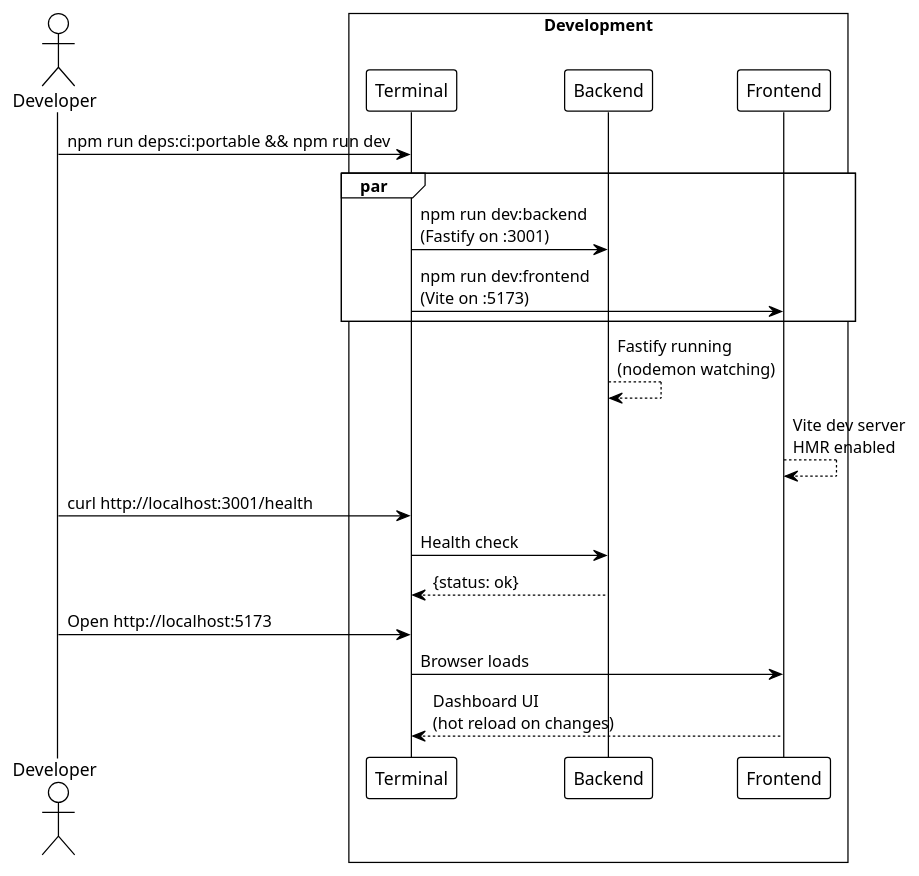
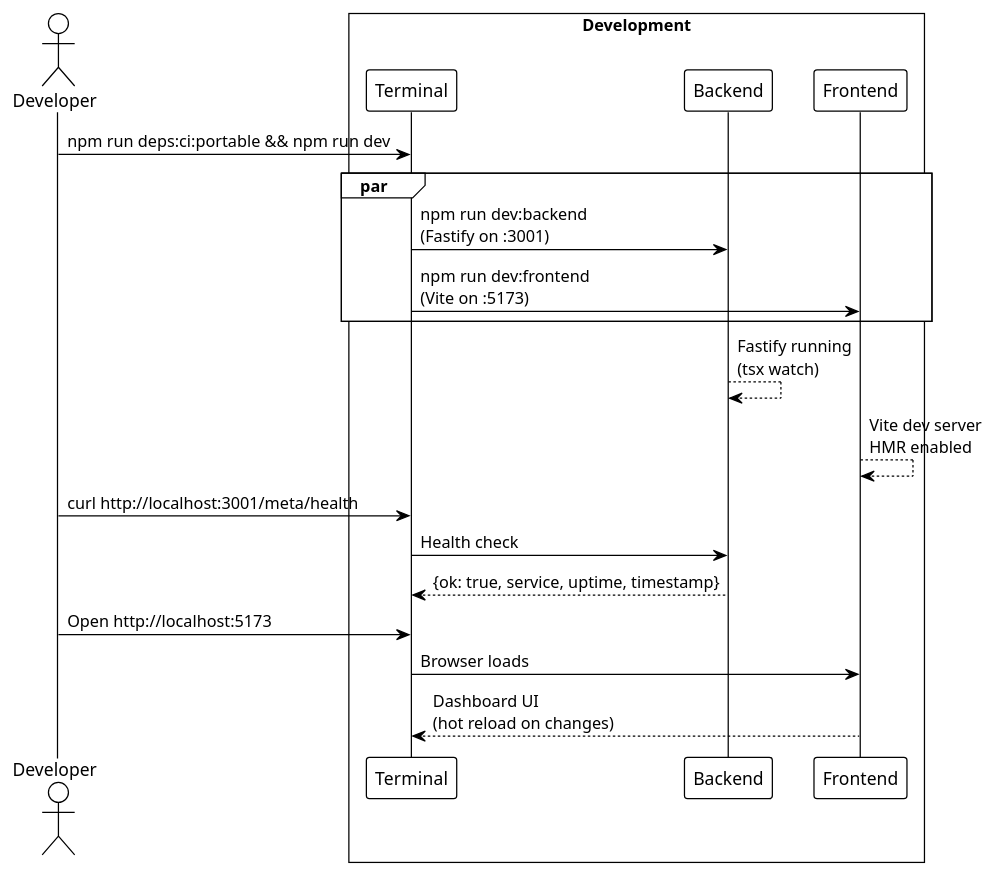
The first of 3 diagrams in docs/common-tasks.md (EraPartner/Watchman), drawn with PlantUML before and after one commit. The commit also changed other lines of this file and 32 other files, not shown here.

````diff
--- a/docs/common-tasks.md
+++ b/docs/common-tasks.md
@@ -165,31 +158,31 @@
 ```plantuml
 @startuml
 !theme plain
 
 actor "Developer" as Dev
 
 box "Development"
     participant "Terminal" as Term
     participant "Backend" as BE
     participant "Frontend" as FE
 end box
 
 Dev -> Term : npm run deps:ci:portable && npm run dev
 
 par
     Term -> BE : npm run dev:backend\n(Fastify on :3001)
     Term -> FE : npm run dev:frontend\n(Vite on :5173)
 end
 
-BE --> BE : Fastify running\n(nodemon watching)
+BE --> BE : Fastify running\n(tsx watch)
 FE --> FE : Vite dev server\nHMR enabled
 
-Dev -> Term : curl http://localhost:3001/health
+Dev -> Term : curl http://localhost:3001/meta/health
 Term -> BE : Health check
-BE --> Term : {status: ok}
+BE --> Term : {ok: true, service, uptime, timestamp}
 
 Dev -> Term : Open http://localhost:5173
 Term -> FE : Browser loads
 FE --> Term : Dashboard UI\n(hot reload on changes)
 @enduml
 ```
````
